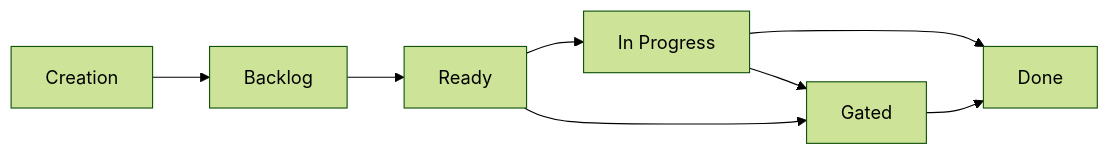
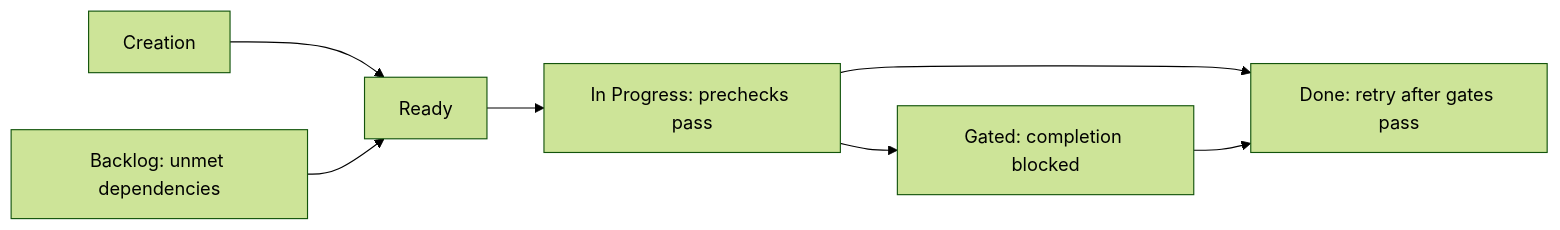
Before and after one commit to erankavija/just-in-time: the first of 9 diagrams in docs/concepts/core-model.md, drawn with Mermaid (forest theme). The commit also changed other lines of this file and 69 other files, not shown here.

````diff
--- a/docs/concepts/core-model.md
+++ b/docs/concepts/core-model.md
@@ -205,10 +205,9 @@
 ```mermaid
 flowchart LR
-    C[Creation] --> B[Backlog]
-    B --> R[Ready]
-    R --> P[In Progress]
-    P --> D[Done]
-    R --> G[Gated]
-    P --> G
-    G --> D
+    C[Creation] --> R[Ready]
+    B[Backlog: unmet dependencies] --> R
+    R --> P[In Progress: prechecks pass]
+    P --> G[Gated: completion blocked]
+    P --> D[Done: gates already passed]
+    G --> D[Done: retry after gates pass]
 ```
````
